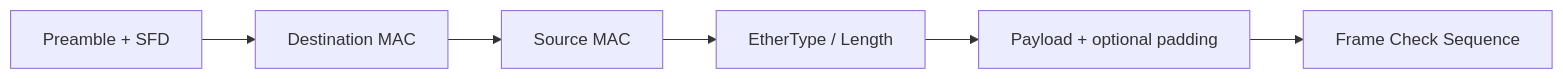
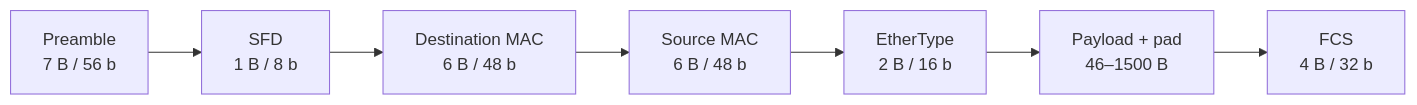
Before and after one commit to spencerbug/spencerbug.github.io: the fifth of 8 diagrams in courses/nic-firmware/02-ethernet-wire-to-mac.md, drawn with Mermaid. The commit also changed other lines of this file, not shown here.

````diff
--- a/courses/nic-firmware/02-ethernet-wire-to-mac.md
+++ b/courses/nic-firmware/02-ethernet-wire-to-mac.md
@@ -170,8 +175,9 @@
 ```mermaid
 flowchart LR
-    PRE["Preamble + SFD"] --> DST["Destination MAC"]
-    DST --> SRC["Source MAC"]
-    SRC --> TYPE["EtherType / Length"]
-    TYPE --> DATA["Payload + optional padding"]
-    DATA --> FCS["Frame Check Sequence"]
+    PRE["Preamble<br/>7 B / 56 b"] --> SFD["SFD<br/>1 B / 8 b"]
+    SFD --> DST["Destination MAC<br/>6 B / 48 b"]
+    DST --> SRC["Source MAC<br/>6 B / 48 b"]
+    SRC --> TYPE["EtherType<br/>2 B / 16 b"]
+    TYPE --> DATA["Payload + pad<br/>46–1500 B"]
+    DATA --> FCS["FCS<br/>4 B / 32 b"]
 ```
````
